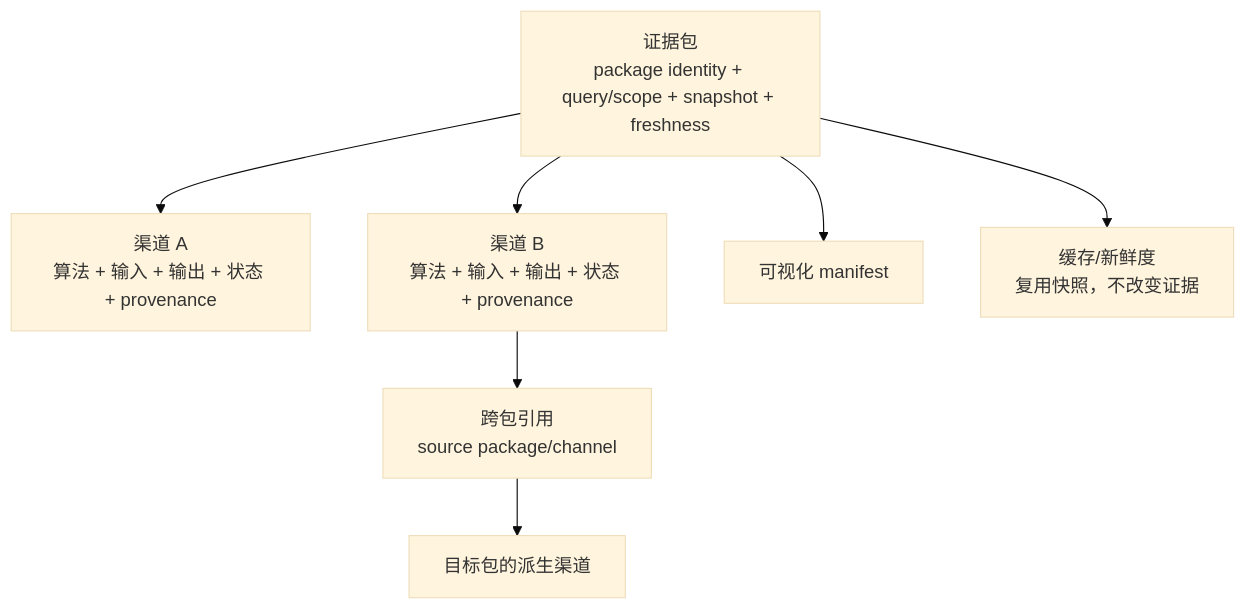
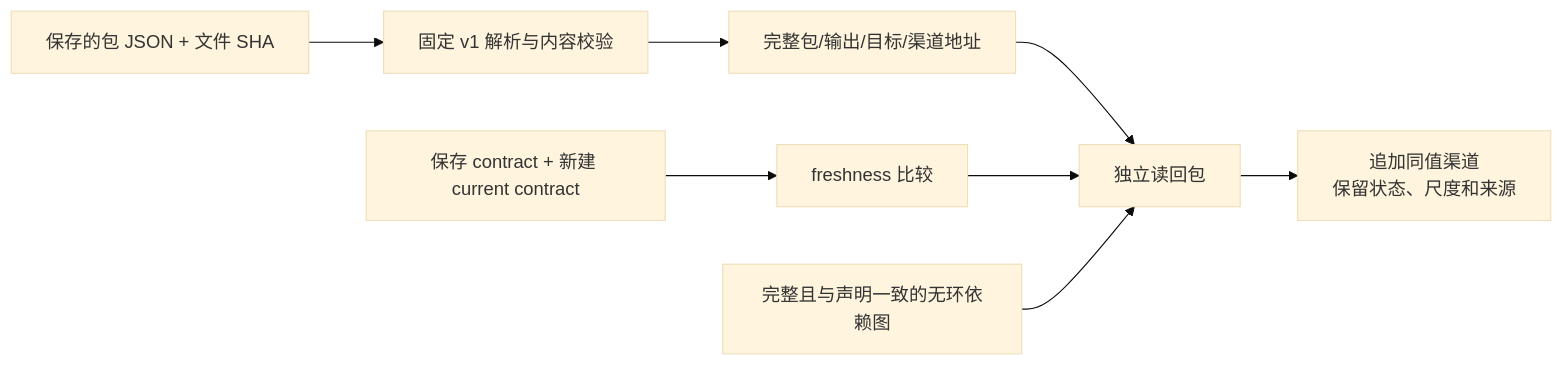
One commit to eastnoob/indoor-order-matrix changed the diagram in docs/superpowers/specs/2026-11-09-evidence-package-cross-package-readback-design.md. Above: the diagram before and after it, drawn with Mermaid (base theme). The commit also changed other lines of this file and 15 other files, not shown here.

````diff
--- a/docs/superpowers/specs/2026-11-09-evidence-package-cross-package-readback-design.md
+++ b/docs/superpowers/specs/2026-11-09-evidence-package-cross-package-readback-design.md
@@ -7,10 +7,10 @@
 ```mermaid
-flowchart TB
-    P[证据包\npackage identity + query/scope + snapshot + freshness]
-    P --> C1[渠道 A\n算法 + 输入 + 输出 + 状态 + provenance]
-    P --> C2[渠道 B\n算法 + 输入 + 输出 + 状态 + provenance]
-    P --> V[可视化 manifest]
-    P --> F[缓存/新鲜度\n复用快照，不改变证据]
-    C2 --> R[跨包引用\nsource package/channel]
-    R --> Q[目标包的派生渠道]
+flowchart LR
+    S[保存的包 JSON + 文件 SHA] --> D[固定 v1 解析与内容校验]
+    D --> R[完整包/输出/目标/渠道地址]
+    C[保存 contract + 新建 current contract] --> F[freshness 比较]
+    R --> P[独立读回包]
+    F --> P
+    G[完整且与声明一致的无环依赖图] --> P
+    P --> O[追加同值渠道\n保留状态、尺度和来源]
 ```
````
